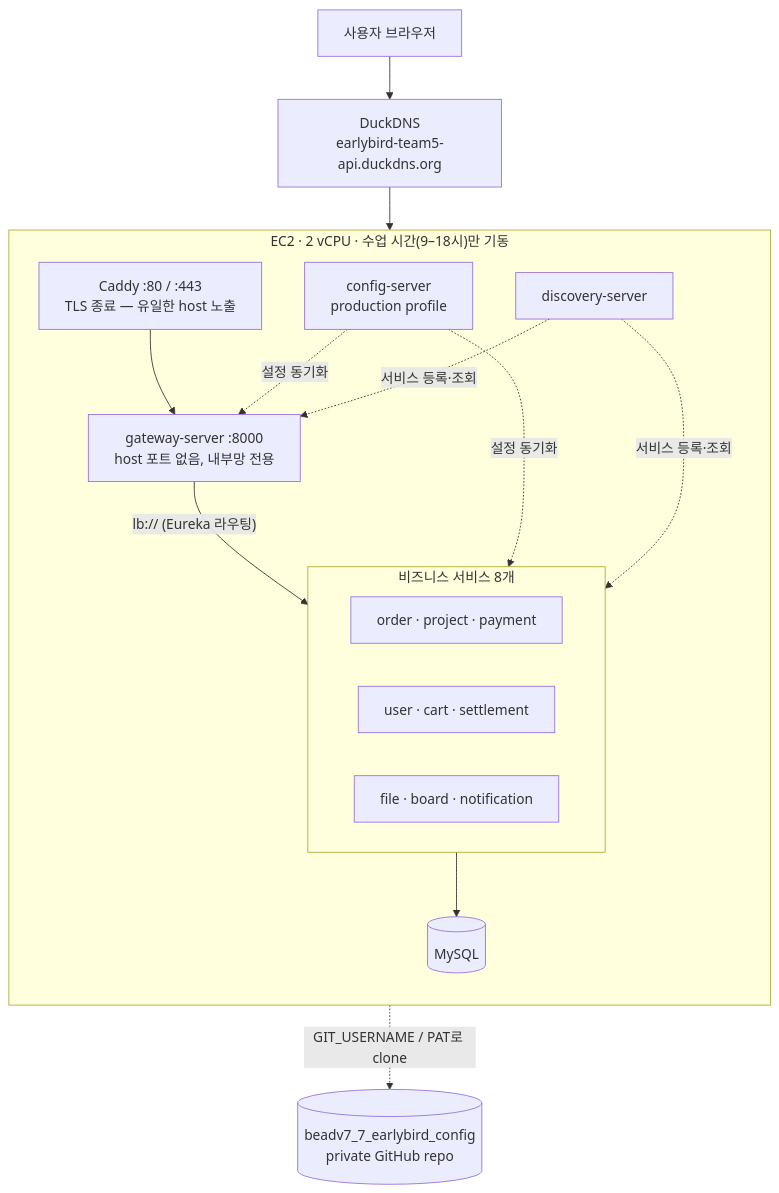
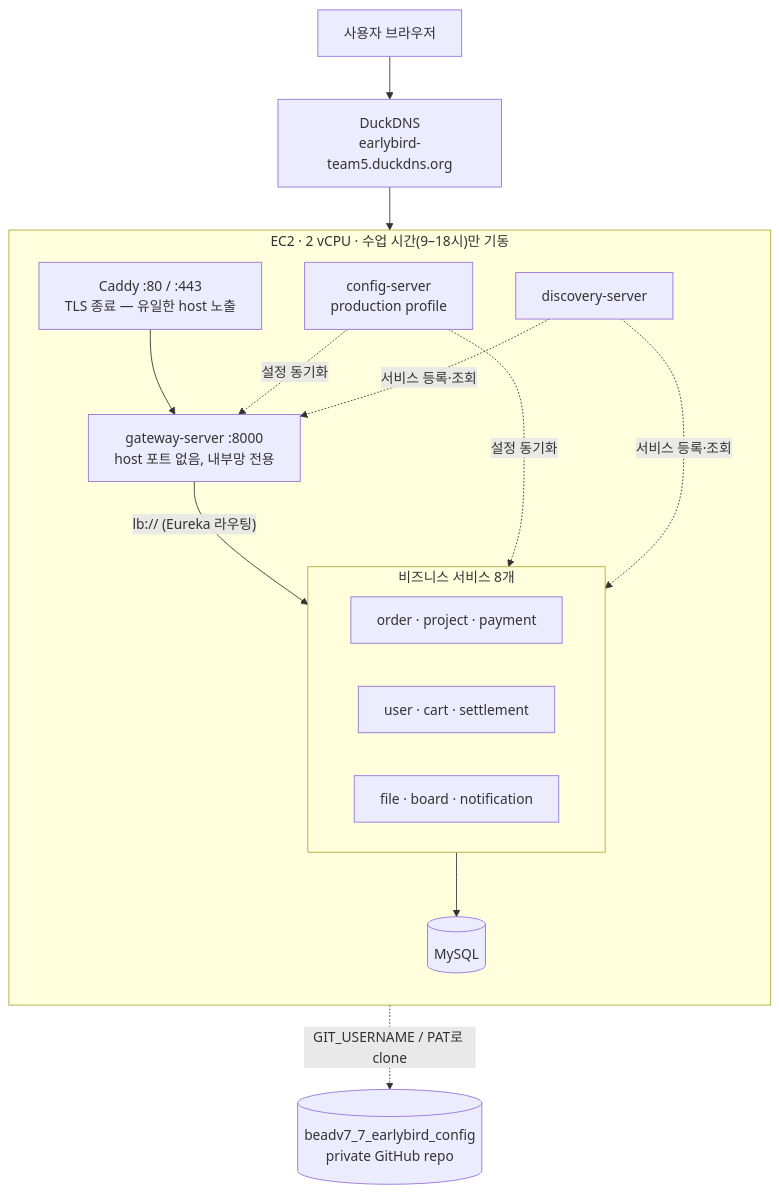
Before and after one commit to prgrms-be-adv-devcourse/beadv7_7_earlybird_BE: the second of 3 diagrams in docs/summary/INFRA_DIAGRAM.md, drawn with Mermaid. The commit also changed 3 other files, not shown here.

````diff
--- a/docs/summary/INFRA_DIAGRAM.md
+++ b/docs/summary/INFRA_DIAGRAM.md
@@ -63,33 +63,33 @@
 ```mermaid
 flowchart TD
   USER2["사용자 브라우저"]
-  DNS["DuckDNS<br/>earlybird-team5-api.duckdns.org"]
+  DNS["DuckDNS<br/>earlybird-team5.duckdns.org"]
 
   subgraph EC2["EC2 · 2 vCPU · 수업 시간(9–18시)만 기동"]
     direction TB
     CADDY["Caddy :80 / :443<br/>TLS 종료 — 유일한 host 노출"]
     GW2["gateway-server :8000<br/>host 포트 없음, 내부망 전용"]
 
     subgraph SVC2["비즈니스 서비스 8개"]
       direction LR
       S1["order · project · payment"]
       S2["user · cart · settlement"]
       S3["file · board · notification"]
     end
 
     CFG2["config-server<br/>production profile"]
     DISC2["discovery-server"]
     MYSQL2[("MySQL")]
   end
 
   CONFIGREPO2[("beadv7_7_earlybird_config<br/>private GitHub repo")]
 
   USER2 --> DNS --> CADDY --> GW2
   GW2 -->|"lb:// (Eureka 라우팅)"| SVC2
   CFG2 -.->|"GIT_USERNAME / PAT로 clone"| CONFIGREPO2
   CFG2 -.->|설정 동기화| GW2
   CFG2 -.->|설정 동기화| SVC2
   DISC2 -.->|서비스 등록·조회| GW2
   DISC2 -.->|서비스 등록·조회| SVC2
   SVC2 --> MYSQL2
 ```
````
